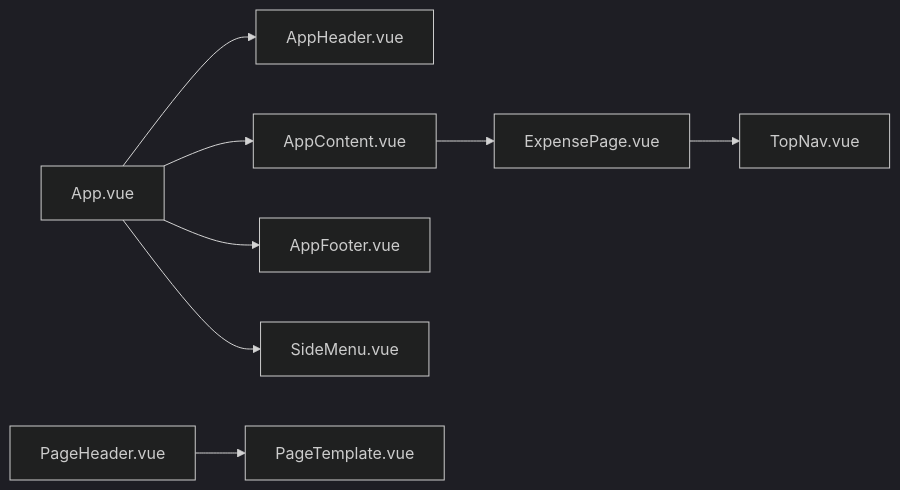
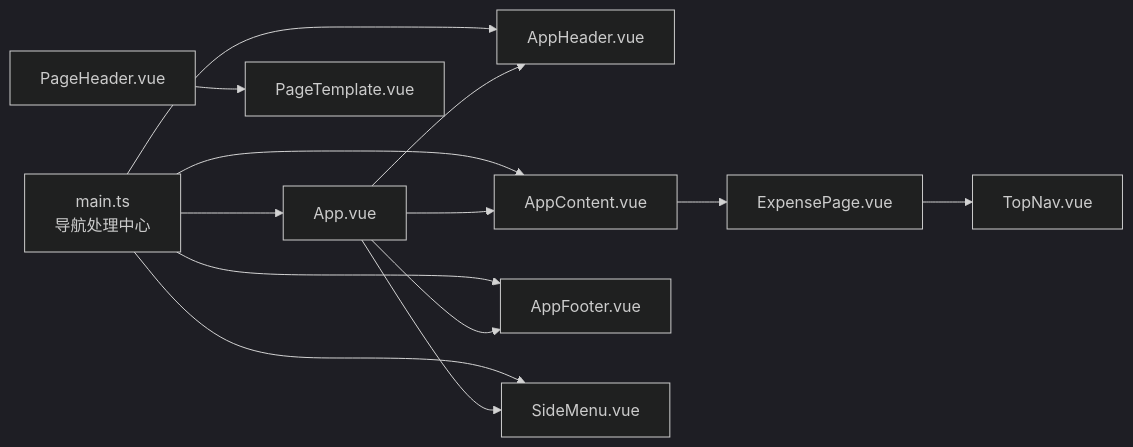
One commit to xiao-lin-unit/yuan changed the seventh of 7 diagrams in .qoder/repowiki/zh/content/UI组件/导航组件.md. Above: the diagram before and after it, drawn with Mermaid (dark theme). The commit also changed other lines of this file and 9 other files, not shown here.

````diff
--- a/.qoder/repowiki/zh/content/UI组件/导航组件.md
+++ b/.qoder/repowiki/zh/content/UI组件/导航组件.md
@@ -310,10 +374,15 @@
 ```mermaid
 graph LR
-App["App.vue"] --> AH["AppHeader.vue"]
-App --> AC["AppContent.vue"]
-App --> AF["AppFooter.vue"]
-App --> SM["SideMenu.vue"]
+Main["main.ts<br/>导航处理中心"] --> App["App.vue"]
+Main --> AH["AppHeader.vue"]
+Main --> AC["AppContent.vue"]
+Main --> AF["AppFooter.vue"]
+Main --> SM["SideMenu.vue"]
+App --> AH
+App --> AC
+App --> AF
+App --> SM
 AC --> EP["ExpensePage.vue"]
 EP --> TN["TopNav.vue"]
 PH["PageHeader.vue"] --> PT["PageTemplate.vue"]
 ```
````
